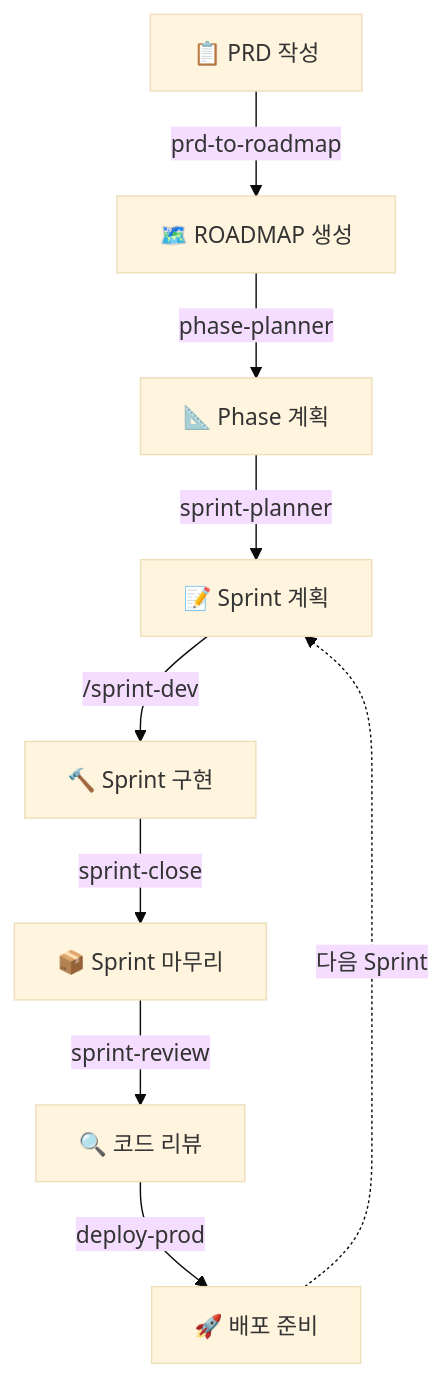
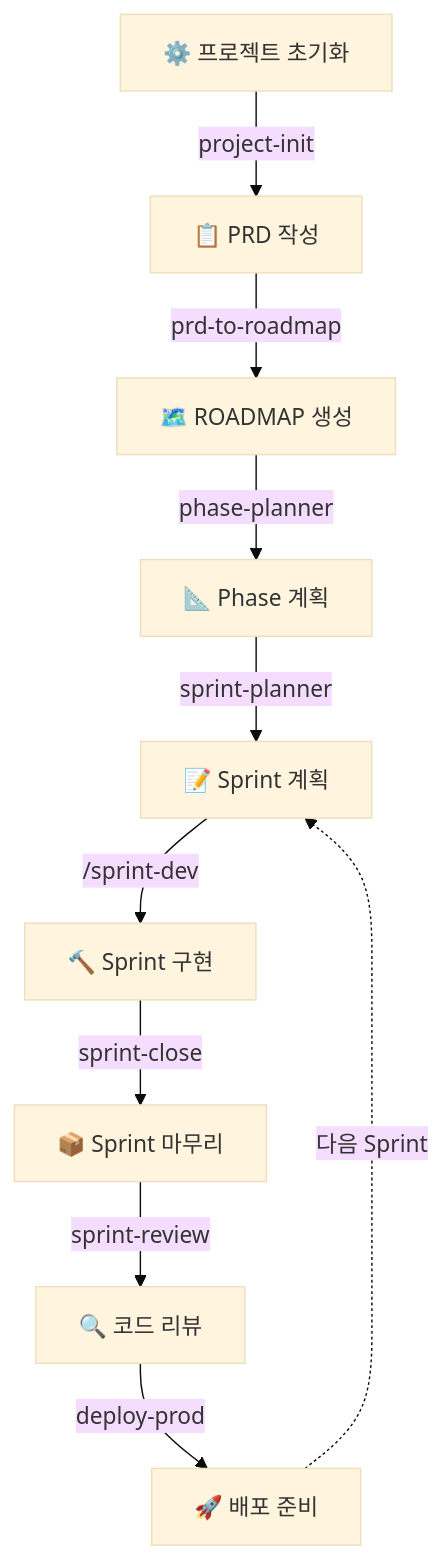
Before and after one commit to khwoo0527/claude-config: the first of 2 diagrams in README.md, drawn with Mermaid (base theme). The commit also changed 11 other files, not shown here.

````diff
--- a/README.md
+++ b/README.md
@@ -62,11 +62,12 @@
 ```mermaid
 graph TD
-    A["📋 PRD 작성"] -->|prd-to-roadmap| B["🗺️ ROADMAP 생성"]
+    Z["⚙️ 프로젝트 초기화"] -->|project-init| A["📋 PRD 작성"]
+    A -->|prd-to-roadmap| B["🗺️ ROADMAP 생성"]
     B -->|phase-planner| C["📐 Phase 계획"]
     C -->|sprint-planner| D["📝 Sprint 계획"]
     D -->|/sprint-dev| E["🔨 Sprint 구현"]
     E -->|sprint-close| F["📦 Sprint 마무리"]
     F -->|sprint-review| G["🔍 코드 리뷰"]
     G -->|deploy-prod| H["🚀 배포 준비"]
     H -.->|다음 Sprint| D
 ```
````
